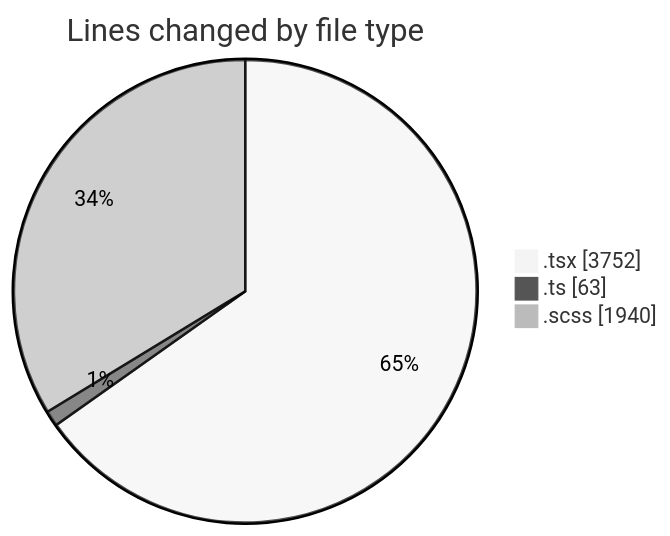
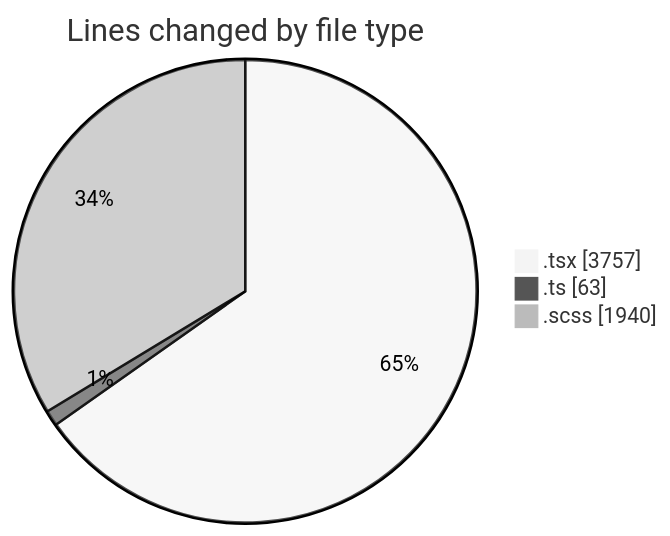
Before and after one commit to momahboobian/code-tracking: the first of 2 diagrams in 2025-04-02/cda/README.md, drawn with Mermaid (neutral theme). The commit also changed other lines of this file and 1 other file, not shown here.

````diff
--- a/2025-04-02/cda/README.md
+++ b/2025-04-02/cda/README.md
@@ -30,7 +30,7 @@
 ```mermaid
 pie showData
 title Lines changed by file type
-".tsx" : 3752
+".tsx" : 3757
 ".ts" : 63
 ".scss" : 1940
 ```
````
